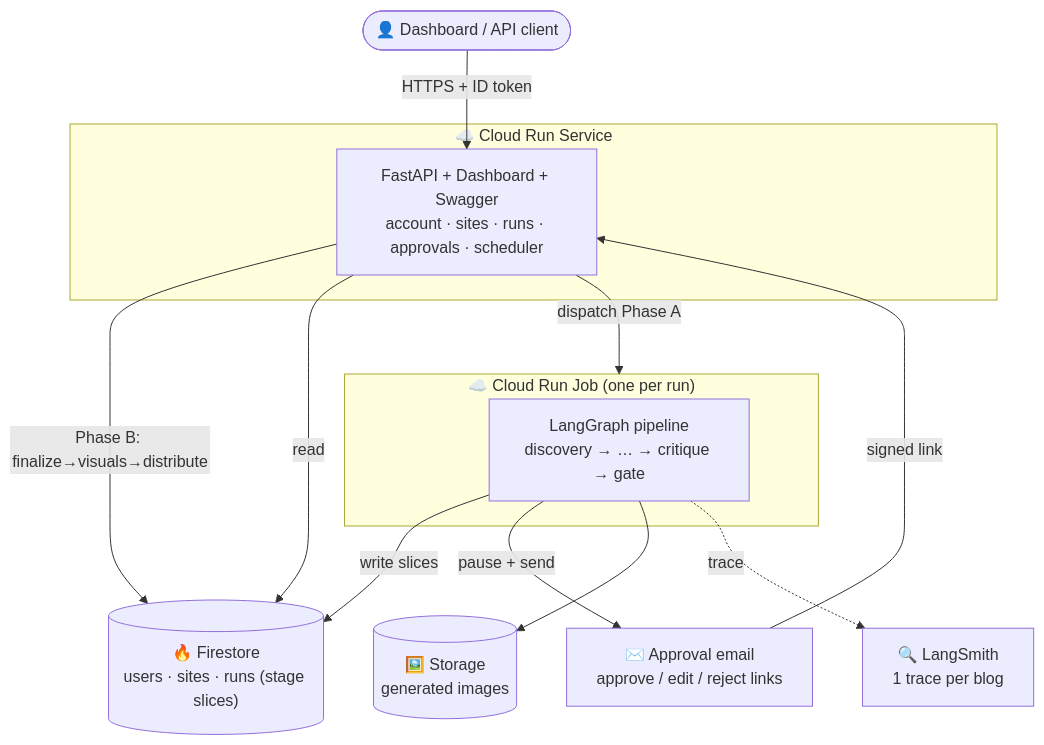
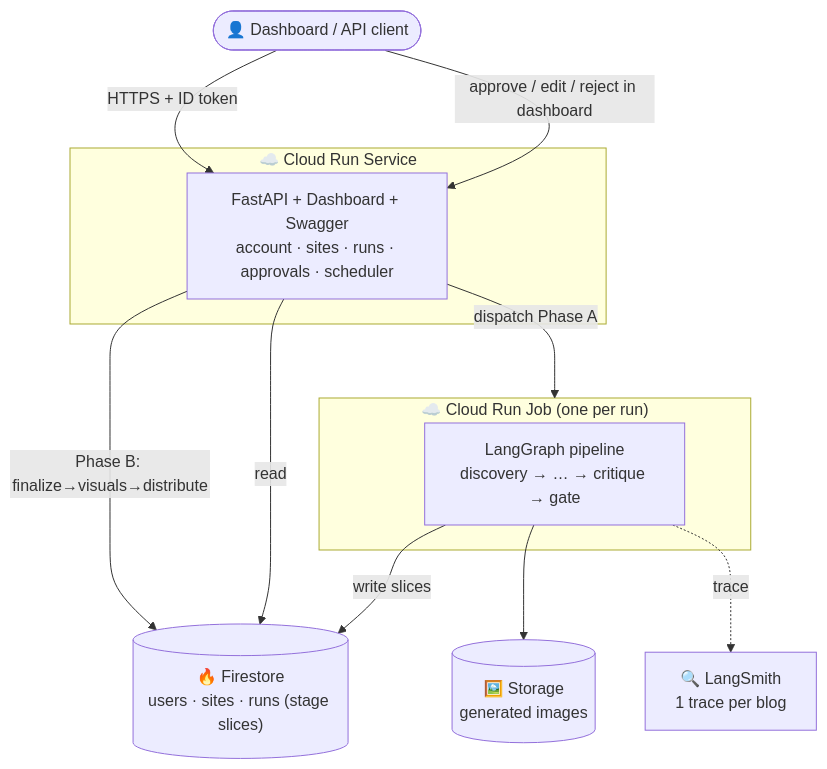
Before and after one commit to tanish1608/BlogSmith: the diagram in README.md, drawn with Mermaid. The commit also changed other lines of this file and 22 other files, not shown here.

````diff
--- a/README.md
+++ b/README.md
@@ -71,24 +75,22 @@
 ```mermaid
 flowchart TD
     USER(["👤 Dashboard / API client"])
     subgraph SVC["☁️ Cloud Run Service"]
       API["FastAPI + Dashboard + Swagger\naccount · sites · runs · approvals · scheduler"]
     end
     subgraph JOB["☁️ Cloud Run Job (one per run)"]
       GRAPH["LangGraph pipeline\ndiscovery → … → critique → gate"]
     end
     DB[("🔥 Firestore\nusers · sites · runs (stage slices)")]
     STORE[("🖼️ Storage\ngenerated images")]
     LS["🔍 LangSmith\n1 trace per blog"]
-    MAIL["✉️ Approval email\napprove / edit / reject links"]
 
     USER -->|HTTPS + ID token| API
     API -->|dispatch Phase A| JOB
     GRAPH -->|write slices| DB
-    GRAPH -->|pause + send| MAIL
-    MAIL -->|signed link| API
+    USER -->|approve / edit / reject in dashboard| API
     API -->|Phase B: finalize→visuals→distribute| DB
     GRAPH --> STORE
     GRAPH -. trace .-> LS
     API -->|read| DB
 ```
````
